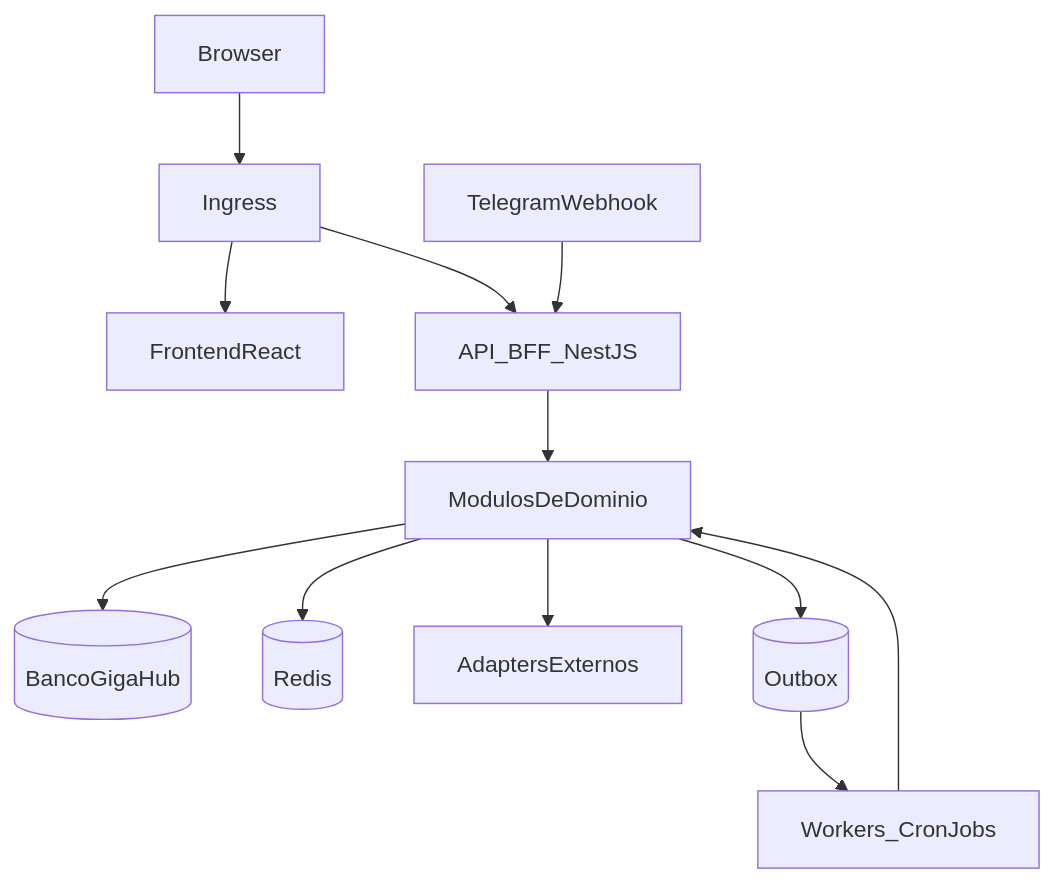
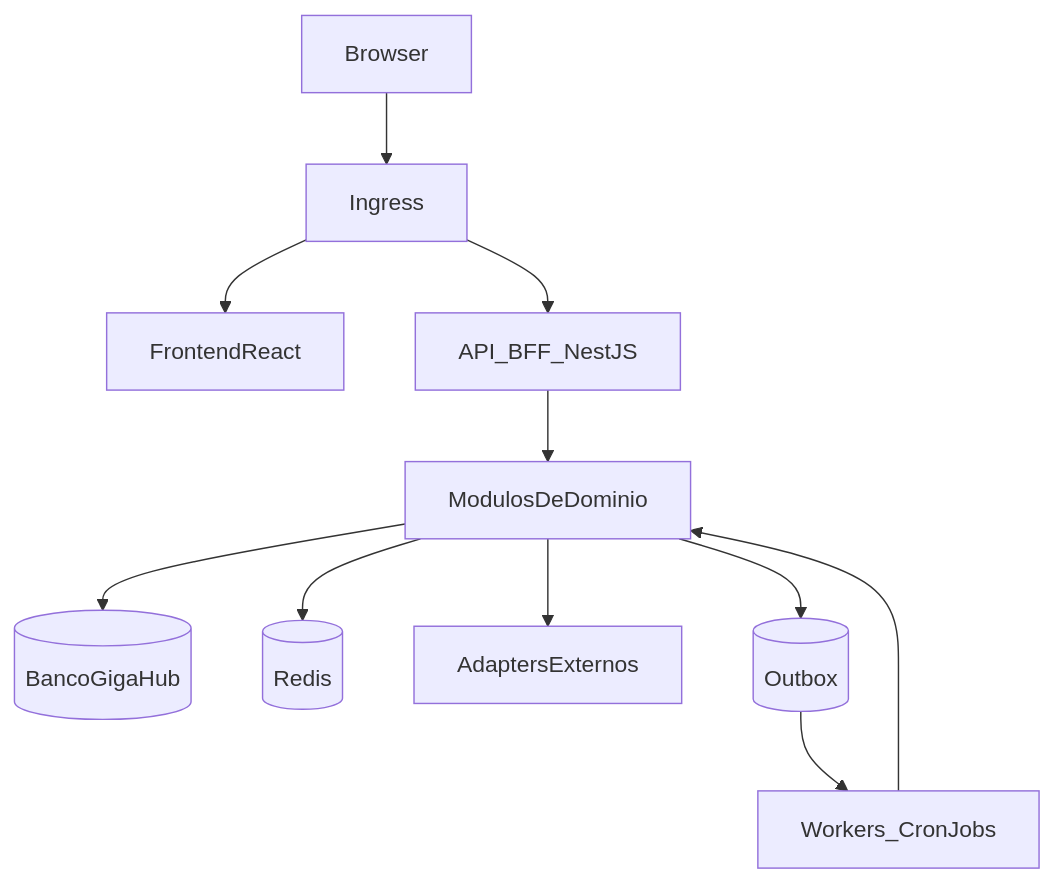
The second of 3 diagrams in docs/02-arquitetura.md (typedbywill/gigahub), drawn with Mermaid before and after one commit. The commit also changed other lines of this file and 24 other files, not shown here.

````diff
--- a/docs/02-arquitetura.md
+++ b/docs/02-arquitetura.md
@@ -30,14 +29,13 @@
 ```mermaid
 flowchart TB
   Client[Browser] --> Ingress[Ingress]
   Ingress --> UI[FrontendReact]
   Ingress --> API[API_BFF_NestJS]
-  Telegram[TelegramWebhook] --> API
   API --> Modules[ModulosDeDominio]
   Workers[Workers_CronJobs] --> Modules
   Modules --> AppDB[(BancoGigaHub)]
   Modules --> Redis[(Redis)]
   Modules --> Integrations[AdaptersExternos]
   Modules --> Outbox[(Outbox)]
   Outbox --> Workers
 ```
````
